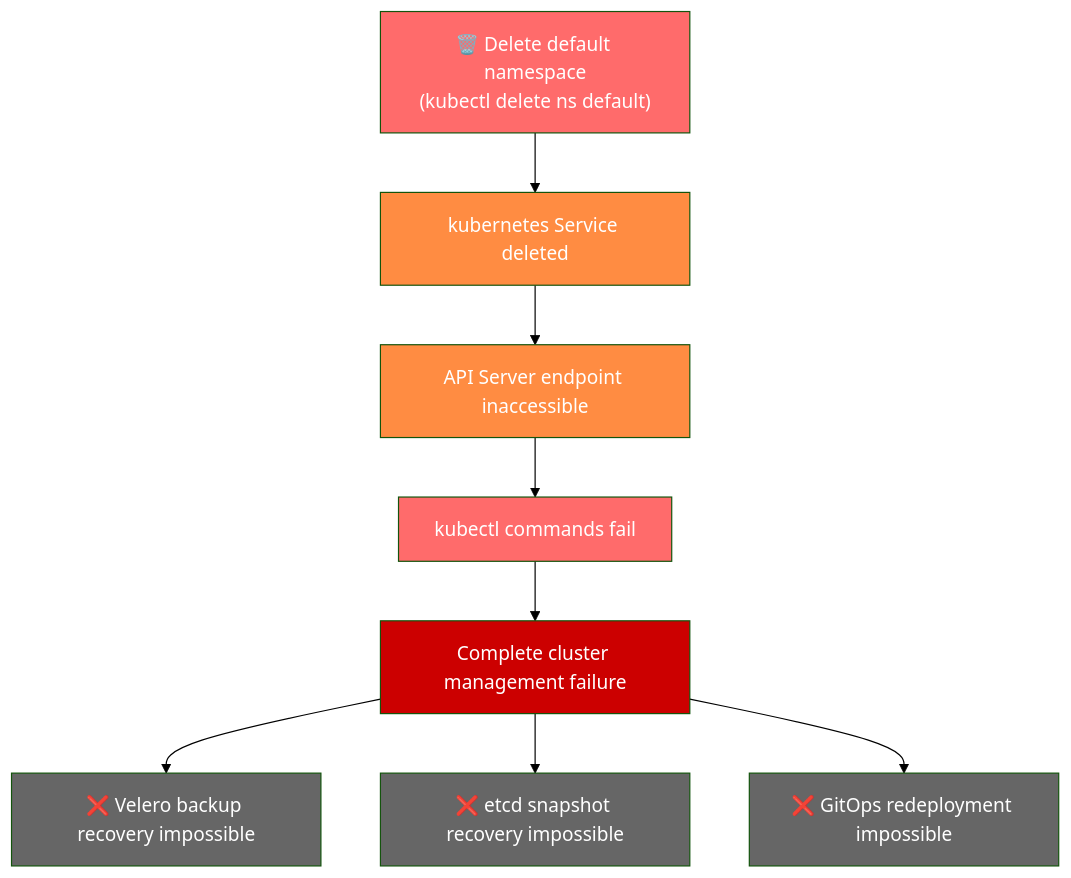
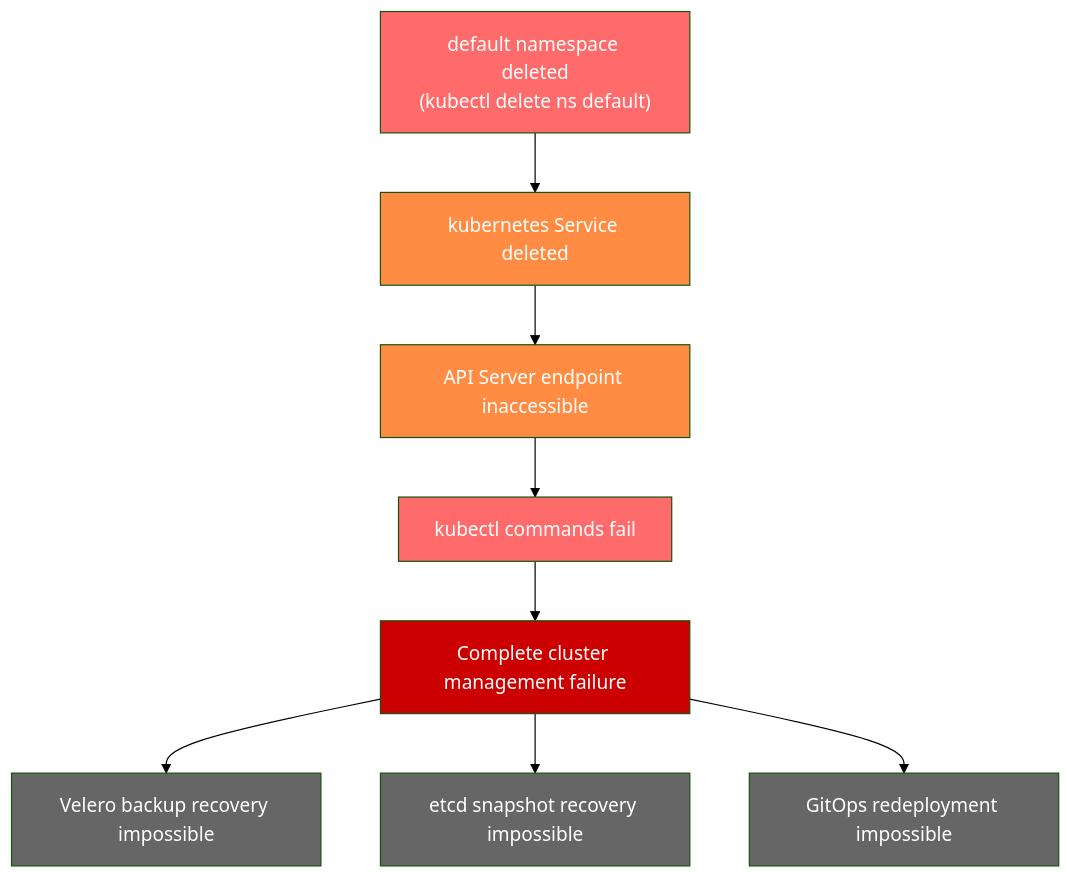
One commit to devfloor9/engineering-playbook changed the first of 2 diagrams in i18n/en/docusaurus-plugin-content-docs/current/security-governance/default-namespace-incident.md. Above: the diagram before and after it, drawn with Mermaid (forest theme). The commit also changed other lines of this file and 95 other files, not shown here.

````diff
--- a/i18n/en/docusaurus-plugin-content-docs/current/security-governance/default-namespace-incident.md
+++ b/i18n/en/docusaurus-plugin-content-docs/current/security-governance/default-namespace-incident.md
@@ -50,20 +49,20 @@
 ```mermaid
 flowchart TD
-    A["🗑️ Delete default namespace<br/>(kubectl delete ns default)"] --> B["kubernetes Service deleted"]
+    A["default namespace deleted<br/>(kubectl delete ns default)"] --> B["kubernetes Service deleted"]
     B --> C["API Server endpoint inaccessible"]
     C --> D["kubectl commands fail"]
     D --> E["Complete cluster management failure"]
 
-    E --> F["❌ Velero backup recovery impossible"]
-    E --> G["❌ etcd snapshot recovery impossible"]
-    E --> H["❌ GitOps redeployment impossible"]
+    E --> F["Velero backup recovery impossible"]
+    E --> G["etcd snapshot recovery impossible"]
+    E --> H["GitOps redeployment impossible"]
 
     style A fill:#ff6b6b,color:#fff
     style B fill:#ff8c42,color:#fff
     style C fill:#ff8c42,color:#fff
     style D fill:#ff6b6b,color:#fff
     style E fill:#cc0000,color:#fff
     style F fill:#666,color:#fff
     style G fill:#666,color:#fff
     style H fill:#666,color:#fff
 ```
````
